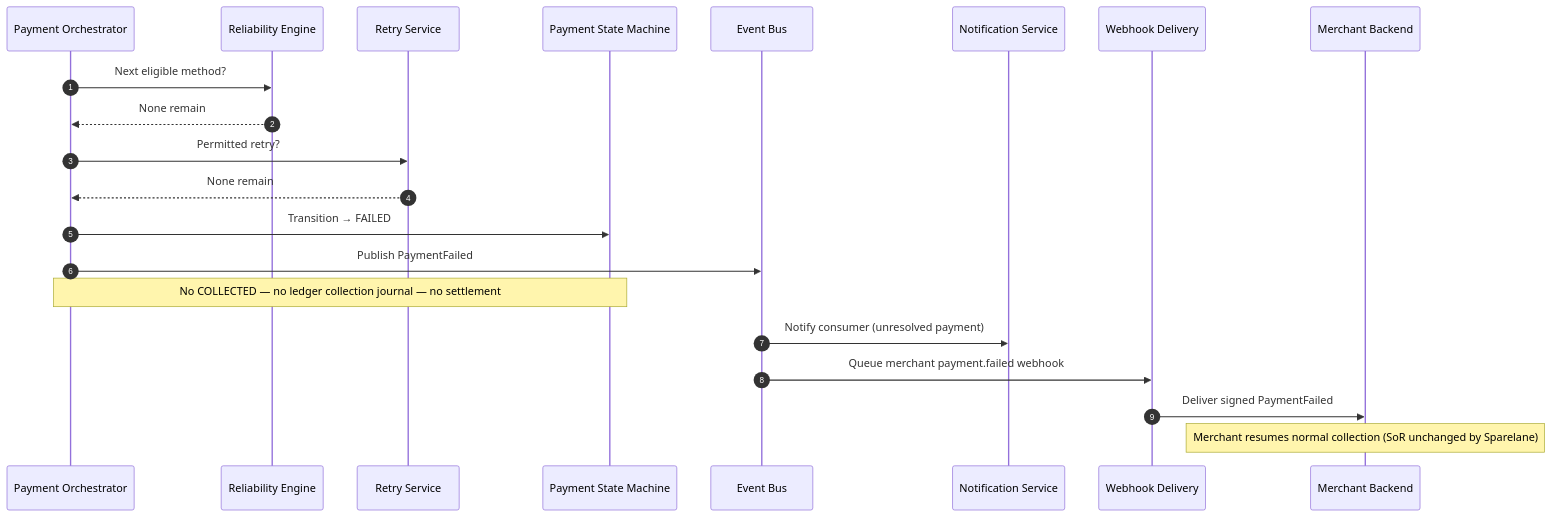
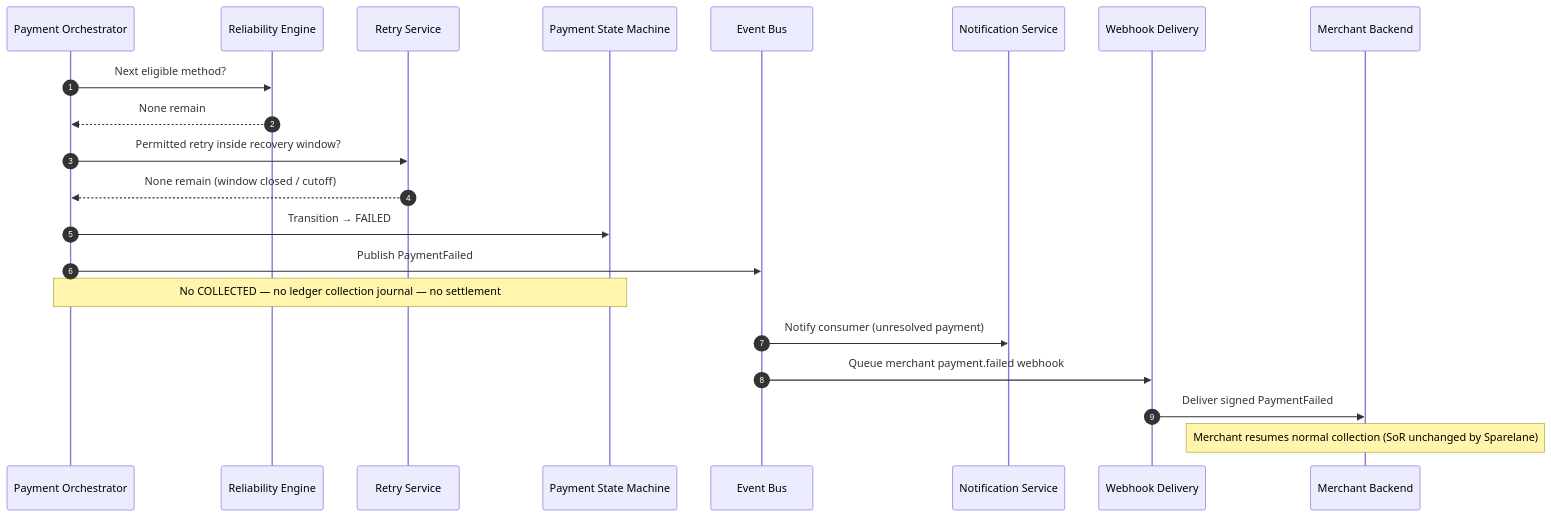
Before and after one commit to MR0808/sparelane-architecture: the diagram in docs/design/payments/complete-failure.md, drawn with Mermaid. The commit also changed other lines of this file and 40 other files, not shown here.

Commit message:
Accept ADR-025 payment retry timing and cutoff policy

````diff
--- a/docs/design/payments/complete-failure.md
+++ b/docs/design/payments/complete-failure.md
@@ -36,26 +41,26 @@
 ```mermaid
 sequenceDiagram
     autonumber
     participant Orch as Payment Orchestrator
     participant Rel as Reliability Engine
     participant Retry as Retry Service
     participant PSM as Payment State Machine
     participant Bus as Event Bus
     participant Notif as Notification Service
     participant WHD as Webhook Delivery
     participant MBE as Merchant Backend
 
     Orch->>Rel: Next eligible method?
     Rel-->>Orch: None remain
-    Orch->>Retry: Permitted retry?
-    Retry-->>Orch: None remain
+    Orch->>Retry: Permitted retry inside recovery window?
+    Retry-->>Orch: None remain (window closed / cutoff)
     Orch->>PSM: Transition → FAILED
     Orch->>Bus: Publish PaymentFailed
 
     Note over Orch,PSM: No COLLECTED — no ledger collection journal — no settlement
 
     Bus->>Notif: Notify consumer (unresolved payment)
     Bus->>WHD: Queue merchant payment.failed webhook
     WHD->>MBE: Deliver signed PaymentFailed
     Note over MBE: Merchant resumes normal collection (SoR unchanged by Sparelane)
 ```
````
